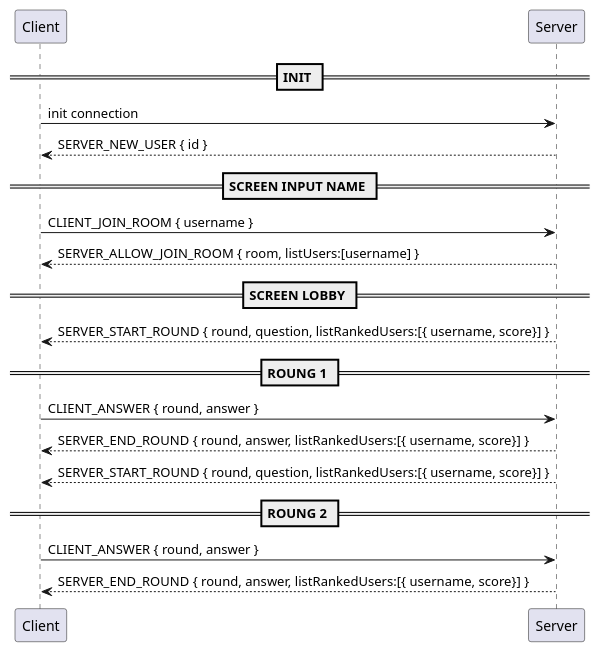
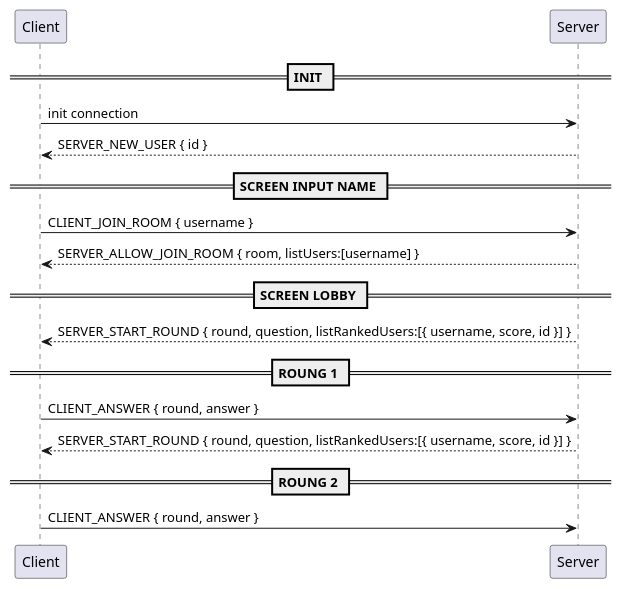
The diagram in docs/flow.plantuml (lamnguyen5464/racing-arena-server), drawn with PlantUML before and after one commit. The commit also changed 6 other files, not shown here.

```diff
--- a/docs/flow.plantuml
+++ b/docs/flow.plantuml
@@ -1,31 +1,28 @@
 @startuml
 
 == INIT ==
 Client -> Server: init connection
 Server --> Client: SERVER_NEW_USER { id }
 
 
 == SCREEN INPUT NAME ==
 Client -> Server: CLIENT_JOIN_ROOM { username }
 Server --> Client: SERVER_ALLOW_JOIN_ROOM { room, listUsers:[username] }
 
 == SCREEN LOBBY ==
 
-Server --> Client: SERVER_START_ROUND { round, question, listRankedUsers:[{ username, score}] }
+Server --> Client: SERVER_START_ROUND { round, question, listRankedUsers:[{ username, score, id }] }
 
 == ROUNG 1 ==
+Client -> Server: CLIENT_ANSWER { round, answer }
 
-Client -> Server: CLIENT_ANSWER { round, answer }
-Server --> Client: SERVER_END_ROUND { round, answer, listRankedUsers:[{ username, score}] }
-
-Server --> Client: SERVER_START_ROUND { round, question, listRankedUsers:[{ username, score}] }
+Server --> Client: SERVER_START_ROUND { round, question, listRankedUsers:[{ username, score, id }] }
 
 
 == ROUNG 2 ==
 Client -> Server: CLIENT_ANSWER { round, answer }
-Server --> Client: SERVER_END_ROUND { round, answer, listRankedUsers:[{ username, score}] }
 
 
 
 
 @enduml
```
